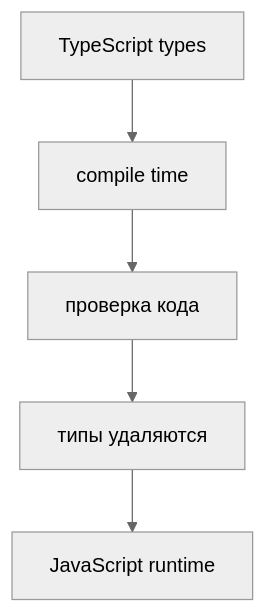
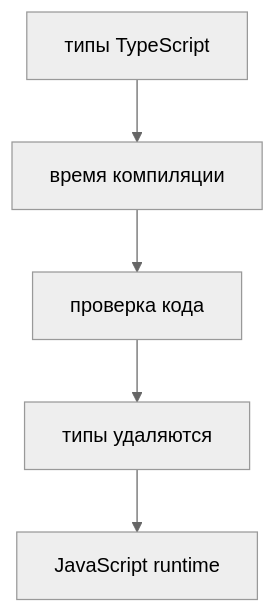
Before and after one commit to Bimba333/qa-js-ts-cookbook: the diagram in docs/02-typescript/99-type-erasure.md, drawn with Mermaid (neutral theme). The commit also changed 101 other files, not shown here.

````diff
--- a/docs/02-typescript/99-type-erasure.md
+++ b/docs/02-typescript/99-type-erasure.md
@@ -50,7 +50,7 @@
 ```mermaid
 flowchart TD
-    A["TypeScript types"] --> B["compile time"]
+    A["типы TypeScript"] --> B["время компиляции"]
     B --> C["проверка кода"]
     C --> D["типы удаляются"]
     D --> E["JavaScript runtime"]
 ```
````
